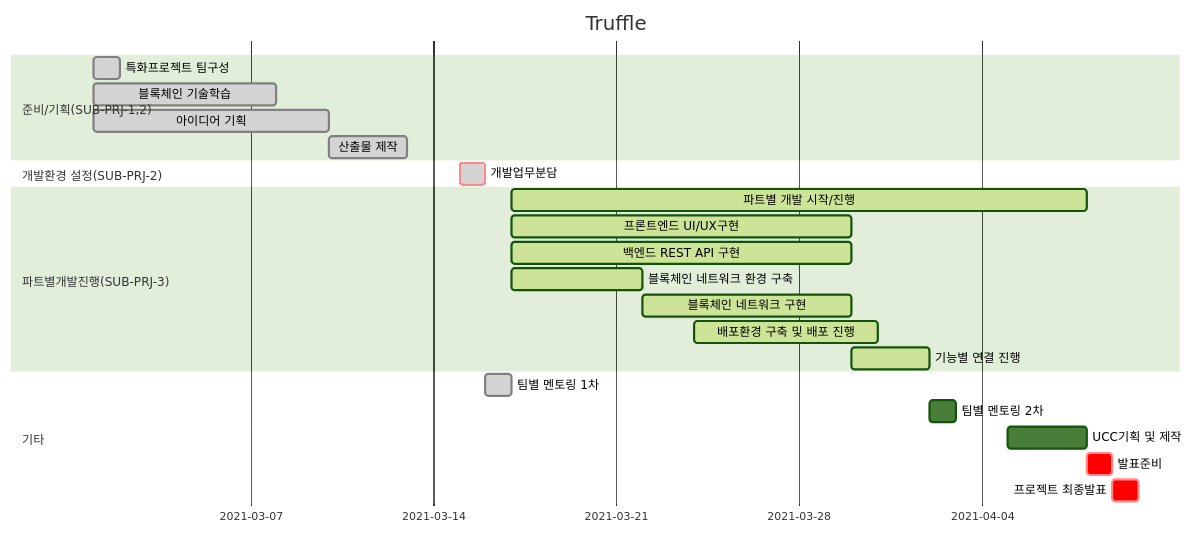
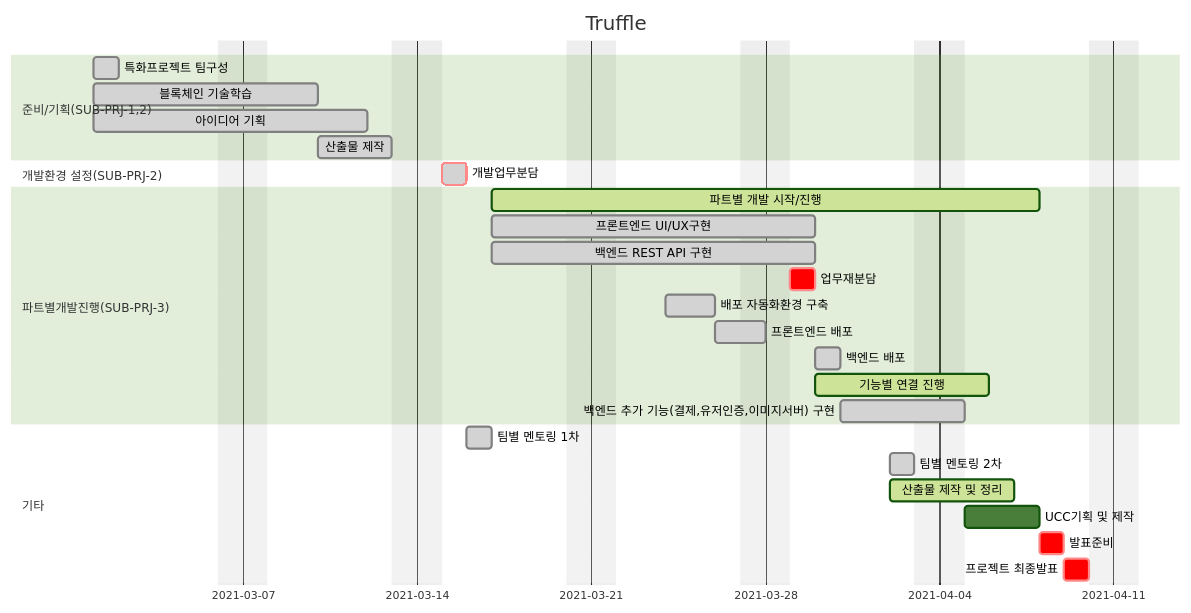
Before and after one commit to reverse-wisdom/Truffle: the fourth of 4 diagrams in README.md, drawn with Mermaid (forest theme).

Commit message:
Update ReadMe.md 간트차트 수정

````diff
--- a/README.md
+++ b/README.md
@@ -168,30 +168,36 @@
 ```mermaid
 gantt
     dateFormat  YYYY-MM-DD
     title       Truffle
+    excludes    weekends
+
 
     section 준비/기획(SUB-PRJ-1,2)
     특화프로젝트 팀구성 :done, 2021-03-01,1d
     블록체인 기술학습 :done, 2021-03-01,7d
     아이디어 기획 :done, 2021-03-01,9d
     산출물 제작 :done, 2021-03-10,3d
 
+
     section 개발환경 설정(SUB-PRJ-2)
     개발업무분담 :crit, done, 2021-03-15,1d
 
     section 파트별개발진행(SUB-PRJ-3)
     파트별 개발 시작/진행 : active, 2021-03-17,2021-04-08
-    프론트엔드 UI/UX구현 :active, 2021-03-17,2021-03-30
-    백엔드 REST API 구현 :active, 2021-03-17,2021-03-30
-    블록체인 네트워크 환경 구축  :active, 2021-03-17,2021-03-22
-    블록체인 네트워크 구현  :active, 2021-03-22,2021-03-30
-    배포환경 구축 및 배포 진행 :active, 2021-03-24,2021-03-31
-    기능별 연결 진행 :active, 2021-03-30,2021-04-02
+    프론트엔드 UI/UX구현 :done, 2021-03-17,2021-03-30
+    백엔드 REST API 구현 :done, 2021-03-17,2021-03-30
+	업무재분담 :crit, 2021-03-29,1d
+    배포 자동화환경 구축 :done, 2021-03-24,2021-03-26
+	프론트엔드 배포 :done, 2021-03-26,2021-03-28
+    백엔드 배포 :done, 2021-03-30,2021-03-31
+    기능별 연결 진행 :active, 2021-03-30,2021-04-06
+    백엔드 추가 기능(결제,유저인증,이미지서버) 구현 :done, 2021-03-31,2021-04-05
         
     section 기타
     팀별 멘토링 1차 :done, 2021-03-16,1d
-    팀별 멘토링 2차 :2021-04-02,1d
+    팀별 멘토링 2차 :done, 2021-04-02,1d
+    산출물 제작 및 정리 :active, 2021-04-02,2021-04-07
     UCC기획 및 제작 : 2021-04-05,2021-04-08
     발표준비 :crit, 2021-04-08,1d
     프로젝트 최종발표 :crit, 2021-04-09,1d
 ```
````
